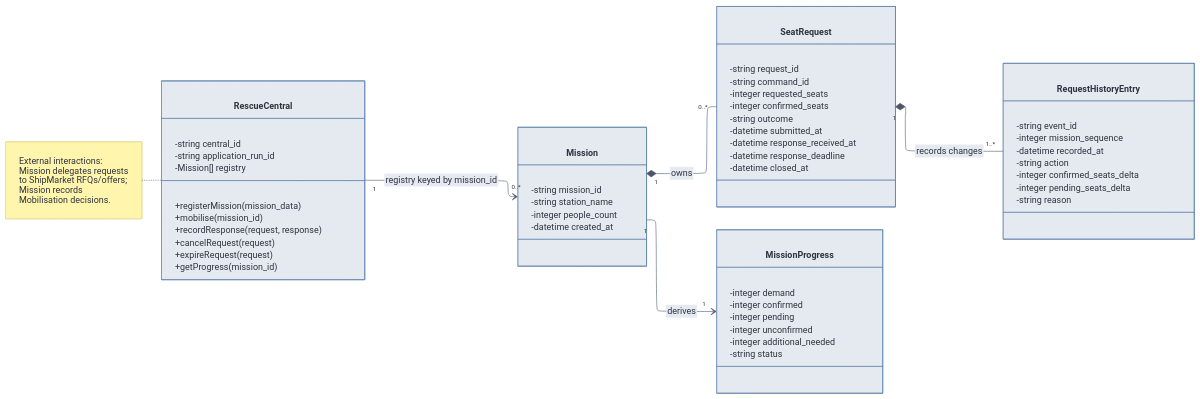
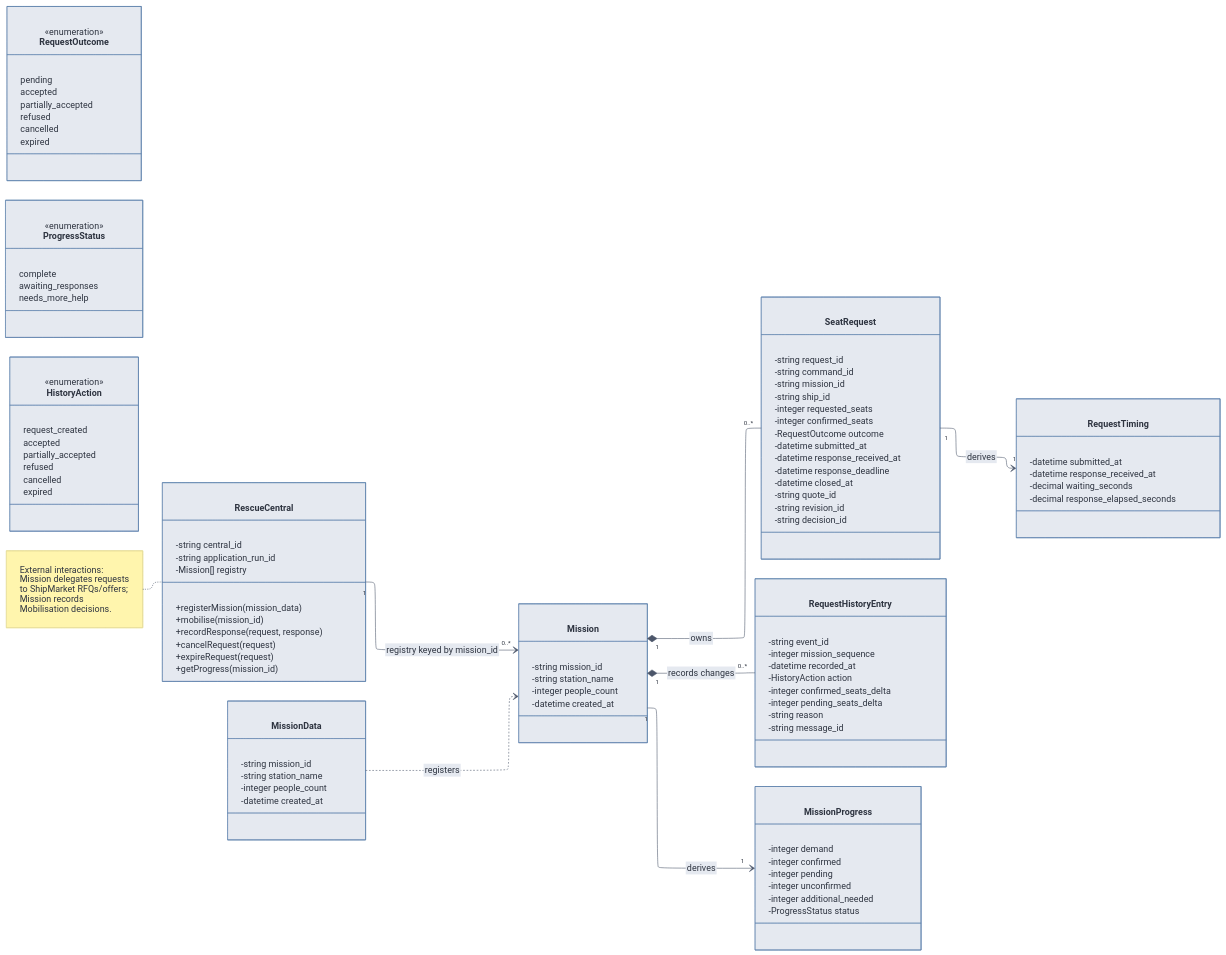
Before and after one commit to mariaxmxavier/space-rescue-system: the diagram in docs/architecture/diagrams/rescue-domain-model/namespaces/MissionOperations/class-diagram.mmd, drawn with Mermaid. The commit also changed 80 other files, not shown here.

```diff
--- a/docs/architecture/diagrams/rescue-domain-model/namespaces/MissionOperations/class-diagram.mmd
+++ b/docs/architecture/diagrams/rescue-domain-model/namespaces/MissionOperations/class-diagram.mmd
@@ -1,80 +1,124 @@
 ---
 config:
   layout: elk
   theme: base
   htmlLabels: false
   fontFamily: Arial
   themeVariables:
     primaryColor: '#e5e9f0'
     primaryTextColor: '#2e3440'
     primaryBorderColor: '#5e81ac'
     lineColor: '#4c566a'
     tertiaryColor: '#eceff4'
     fontFamily: 'Arial, sans-serif'
   elk:
     mergeEdges: false
     nodePlacementStrategy: LINEAR_SEGMENTS
   class:
     nodeSpacing: 90
     rankSpacing: 100
     padding: 24
     diagramPadding: 40
     hideEmptyMembersBox: true
   er:
     nodeSpacing: 90
     rankSpacing: 100
     diagramPadding: 30
 ---
 classDiagram
     direction LR
     %% Authoritative scoped view of MissionOperations; see the diagram index for boundary relationships.
     class RescueCentral {
         -string central_id
         -string application_run_id
         -Mission[] registry
         +registerMission(mission_data)
         +mobilise(mission_id)
         +recordResponse(request, response)
         +cancelRequest(request)
         +expireRequest(request)
         +getProgress(mission_id)
     }
+    class MissionData {
+        -string mission_id
+        -string station_name
+        -integer people_count
+        -datetime created_at
+    }
     class Mission {
         -string mission_id
         -string station_name
         -integer people_count
         -datetime created_at
     }
     class SeatRequest {
         -string request_id
         -string command_id
+        -string mission_id
+        -string ship_id
         -integer requested_seats
         -integer confirmed_seats
-        -string outcome
+        -RequestOutcome outcome
         -datetime submitted_at
         -datetime response_received_at
         -datetime response_deadline
         -datetime closed_at
+        -string quote_id
+        -string revision_id
+        -string decision_id
     }
     class RequestHistoryEntry {
         -string event_id
         -integer mission_sequence
         -datetime recorded_at
-        -string action
+        -HistoryAction action
         -integer confirmed_seats_delta
         -integer pending_seats_delta
         -string reason
+        -string message_id
     }
     class MissionProgress {
         -integer demand
         -integer confirmed
         -integer pending
         -integer unconfirmed
         -integer additional_needed
-        -string status
+        -ProgressStatus status
+    }
+    class RequestTiming {
+        -datetime submitted_at
+        -datetime response_received_at
+        -decimal waiting_seconds
+        -decimal response_elapsed_seconds
+    }
+    class RequestOutcome {
+        <<enumeration>>
+        pending
+        accepted
+        partially_accepted
+        refused
+        cancelled
+        expired
+    }
+    class ProgressStatus {
+        <<enumeration>>
+        complete
+        awaiting_responses
+        needs_more_help
+    }
+    class HistoryAction {
+        <<enumeration>>
+        request_created
+        accepted
+        partially_accepted
+        refused
+        cancelled
+        expired
     }
     RescueCentral "1" --> "0..*" Mission : registry keyed by mission_id
+    MissionData ..> Mission : registers
     Mission "1" *-- "0..*" SeatRequest : owns
-    SeatRequest "1" *-- "1..*" RequestHistoryEntry : records changes
+    Mission "1" *-- "0..*" RequestHistoryEntry : records changes
+    SeatRequest "1" --> "1" RequestTiming : derives
     Mission "1" --> "1" MissionProgress : derives
     note for RescueCentral "External interactions: Mission delegates requests to ShipMarket RFQs/offers; Mission records Mobilisation decisions."
```
